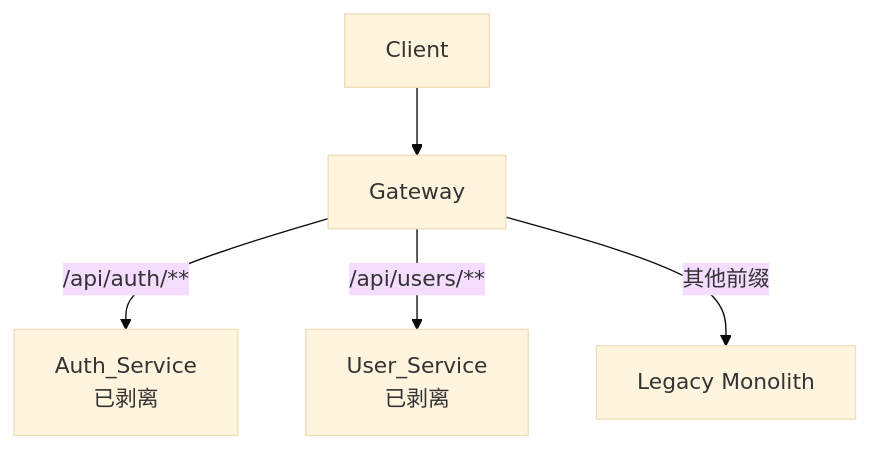
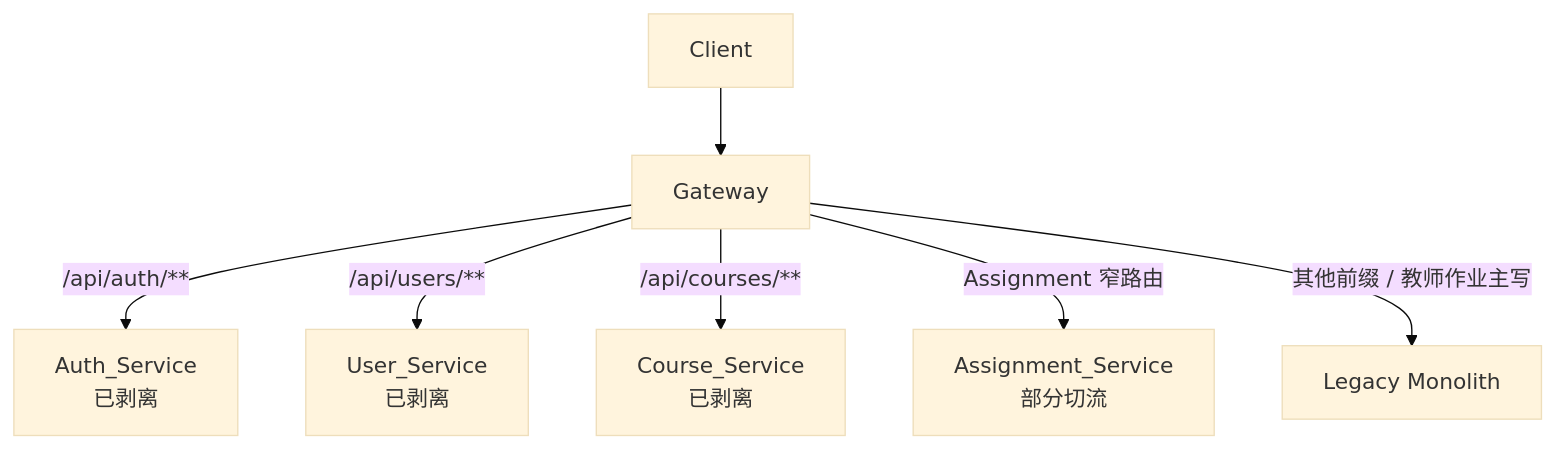
One commit to zz2338200436/qimo changed the tenth of 10 diagrams in .kiro/specs/spring-cloud-migration/design.md. Above: the diagram before and after it, drawn with Mermaid (base theme). The commit also changed other lines of this file and 566 other files, not shown here.

````diff
--- a/.kiro/specs/spring-cloud-migration/design.md
+++ b/.kiro/specs/spring-cloud-migration/design.md
@@ -1118,7 +1129,9 @@
 ```mermaid
 flowchart TD
     Client --> GW[Gateway]
     GW -->|/api/auth/** | Auth[Auth_Service<br/>已剥离]
     GW -->|/api/users/**| User[User_Service<br/>已剥离]
-    GW -->|其他前缀     | Legacy[Legacy Monolith]
+    GW -->|/api/courses/**| Course[Course_Service<br/>已剥离]
+    GW -->|Assignment 窄路由| Assign[Assignment_Service<br/>部分切流]
+    GW -->|其他前缀 / 教师作业主写| Legacy[Legacy Monolith]
 ```
````
